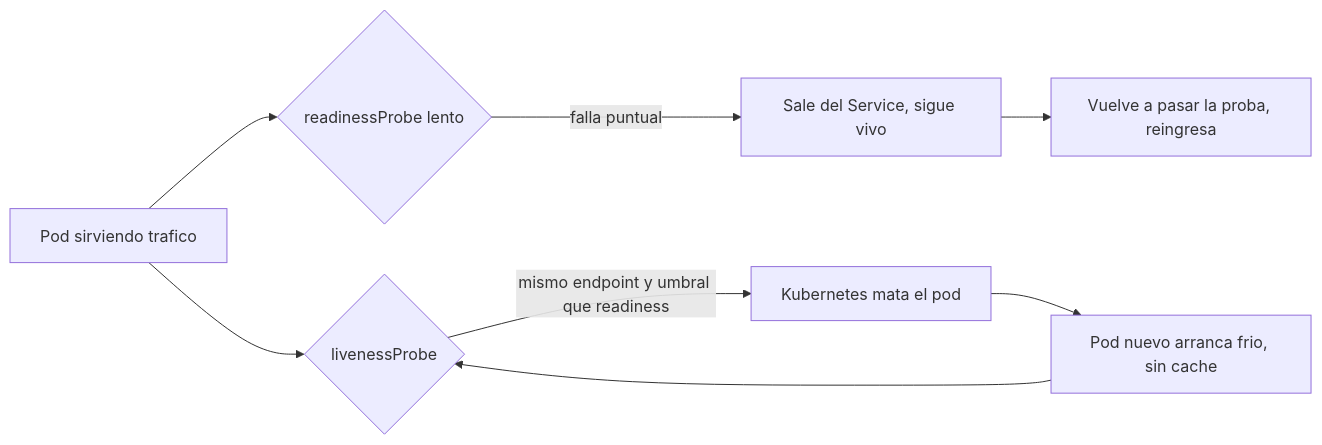
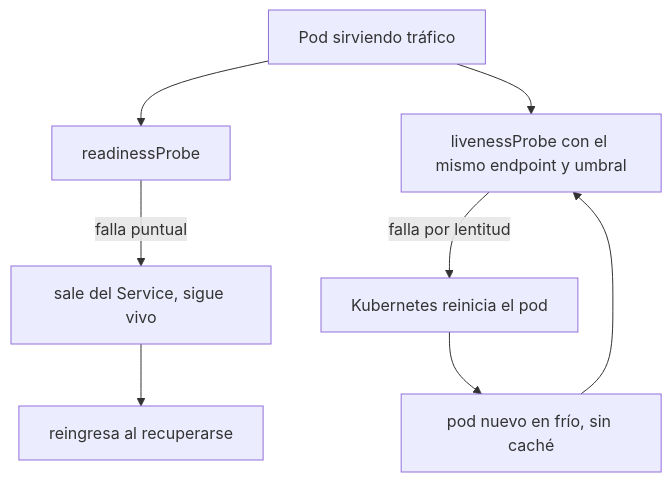
Before and after one commit to NICORUIZ93/The_Imperial_Book: the second of 3 diagrams in web/public/content/rutaflow/modulo-7.md, drawn with Mermaid. The commit also changed other lines of this file and 22 other files, not shown here.

First line of the commit message:
fix(diagrams): corregir decisiones sin rama y duplicados genéricos

````diff
--- a/web/public/content/rutaflow/modulo-7.md
+++ b/web/public/content/rutaflow/modulo-7.md
@@ -183,10 +163,10 @@
 ```mermaid
-flowchart LR
-  A[Pod sirviendo trafico] --> B{readinessProbe lento}
-  B -->|falla puntual| C[Sale del Service, sigue vivo]
-  C --> D[Vuelve a pasar la proba, reingresa]
-  A --> E{livenessProbe}
-  E -->|mismo endpoint y umbral que readiness| F[Kubernetes mata el pod]
-  F --> G[Pod nuevo arranca frio, sin cache]
+flowchart TD
+  A["Pod sirviendo tráfico"] --> B["readinessProbe"]
+  B -->|"falla puntual"| C["sale del Service, sigue vivo"]
+  C --> D["reingresa al recuperarse"]
+  A --> E["livenessProbe con el mismo endpoint y umbral"]
+  E -->|"falla por lentitud"| F["Kubernetes reinicia el pod"]
+  F --> G["pod nuevo en frío, sin caché"]
   G --> E
 ```
````
